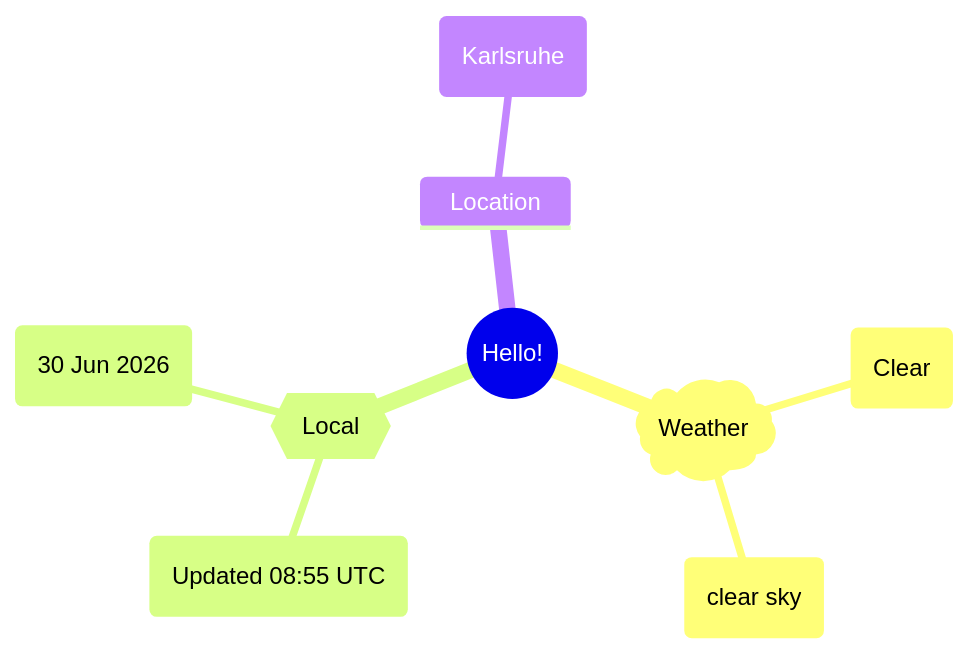
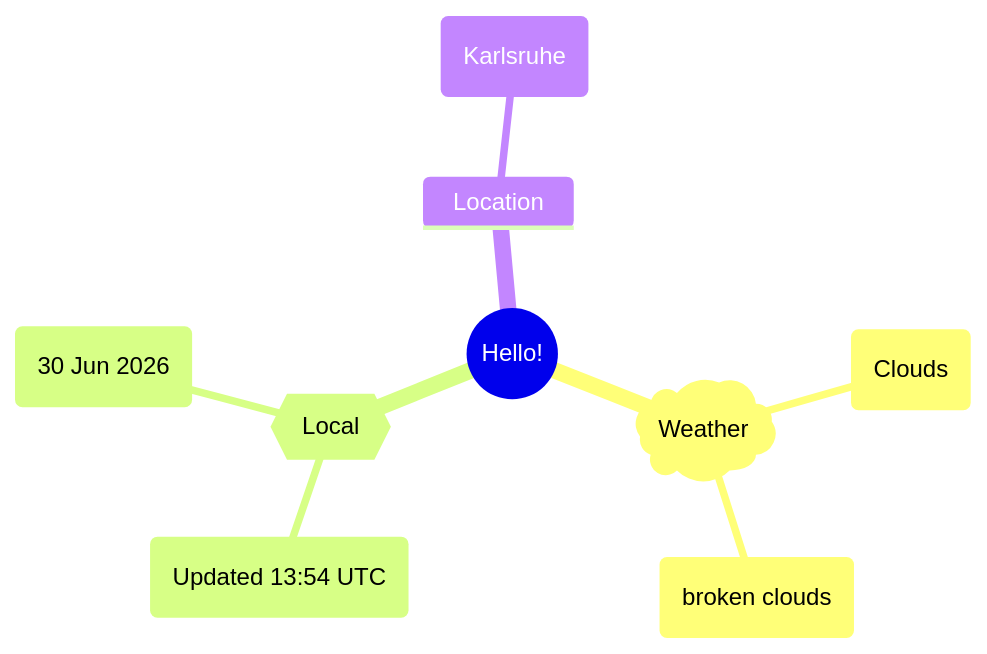
The first of 2 diagrams in README.md (Xosrov/Xosrov), drawn with Mermaid before and after one commit.

Commit message:
[bot] updated images

````diff
--- a/README.md
+++ b/README.md
@@ -3,12 +3,12 @@
 ```mermaid
 mindmap
   root((Hello!))
     )Weather(
-        (Clear)
-        (clear sky)
+        (Clouds)
+        (broken clouds)
     {{Local}}
-        (Updated 08:55 UTC)
+        (Updated 13:54 UTC)
         (30 Jun 2026)
     Location
         (Karlsruhe)
 ```
````
